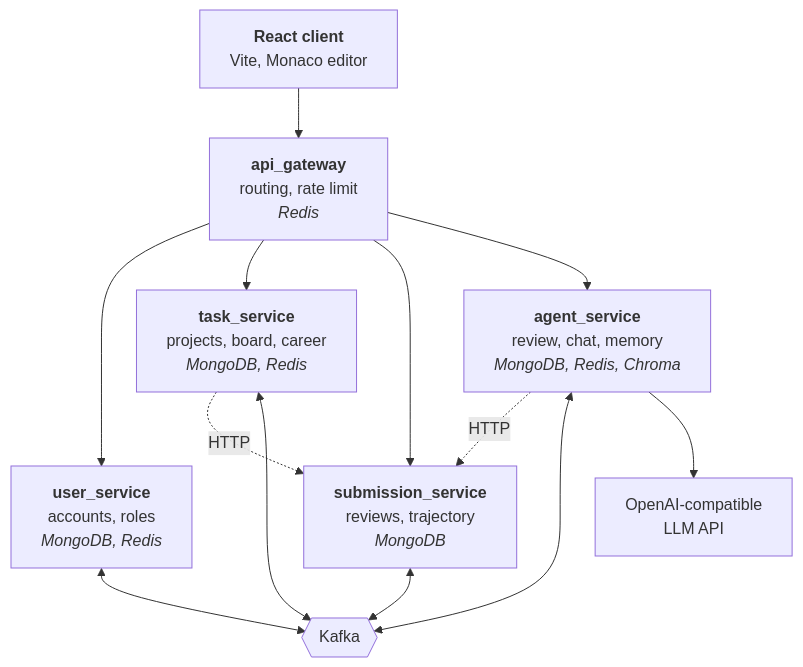
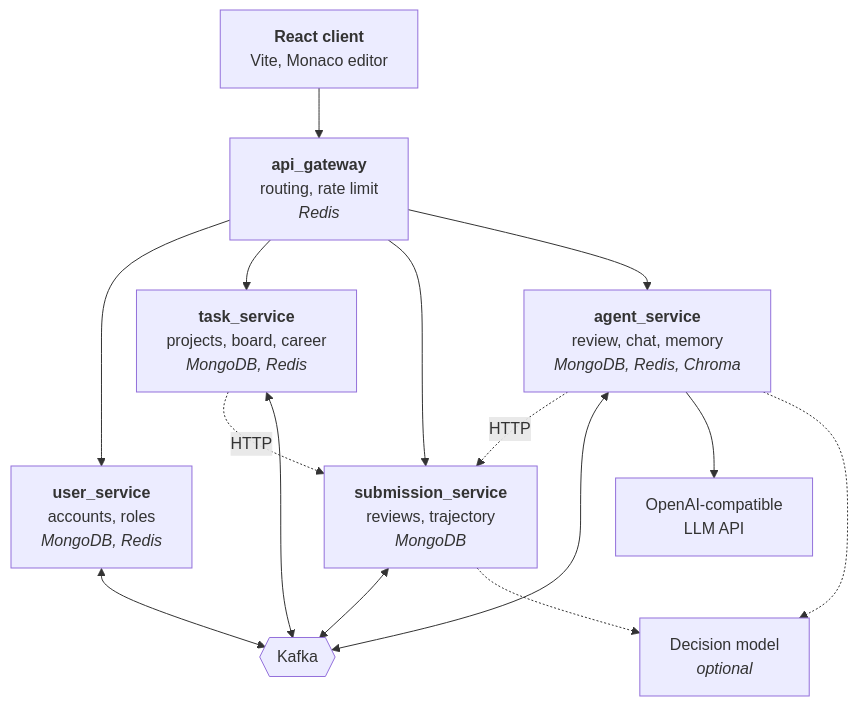
Before and after one commit to alexaaa-a/programming-edu-service: the first of 6 diagrams in README.md, drawn with Mermaid. The commit also changed other lines of this file and 75 other files, not shown here.

````diff
--- a/README.md
+++ b/README.md
@@ -41,15 +47,17 @@
 ```mermaid
 flowchart TB
     UI["<b>React client</b><br/>Vite, Monaco editor"] --> GW["<b>api_gateway</b><br/>routing, rate limit<br/><i>Redis</i>"]
     GW --> US["<b>user_service</b><br/>accounts, roles<br/><i>MongoDB, Redis</i>"]
     GW --> TS["<b>task_service</b><br/>projects, board, career<br/><i>MongoDB, Redis</i>"]
     GW --> SS["<b>submission_service</b><br/>reviews, trajectory<br/><i>MongoDB</i>"]
     GW --> AS["<b>agent_service</b><br/>review, chat, memory<br/><i>MongoDB, Redis, Chroma</i>"]
     TS -.->|HTTP| SS
     AS -.->|HTTP| SS
     US <--> K{{"Kafka"}}
     TS <--> K
     SS <--> K
     AS <--> K
     AS --> LLM["OpenAI-compatible<br/>LLM API"]
+    AS -.-> JEV["Decision model<br/><i>optional</i>"]
+    SS -.-> JEV
 ```
````
